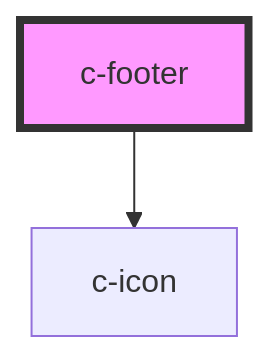
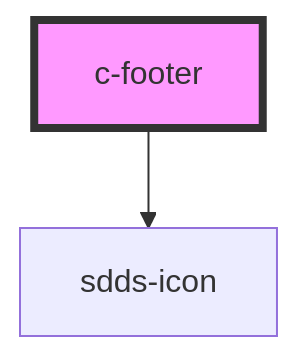
One commit to scania-digital-design-system/sdds changed the diagram in components/src/patterns/footer/readme.md. Above: the diagram before and after it, drawn with Mermaid. The commit also changed other lines of this file and 14 other files, not shown here.

First line of the commit message:
Replace c-icon with sdds-icon

````diff
--- a/components/src/patterns/footer/readme.md
+++ b/components/src/patterns/footer/readme.md
@@ -25,5 +25,5 @@
 ```mermaid
 graph TD;
-  c-footer --> c-icon
+  c-footer --> sdds-icon
   style c-footer fill:#f9f,stroke:#333,stroke-width:4px
 ```
````
